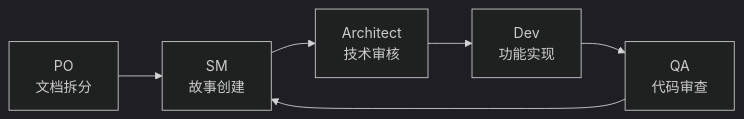
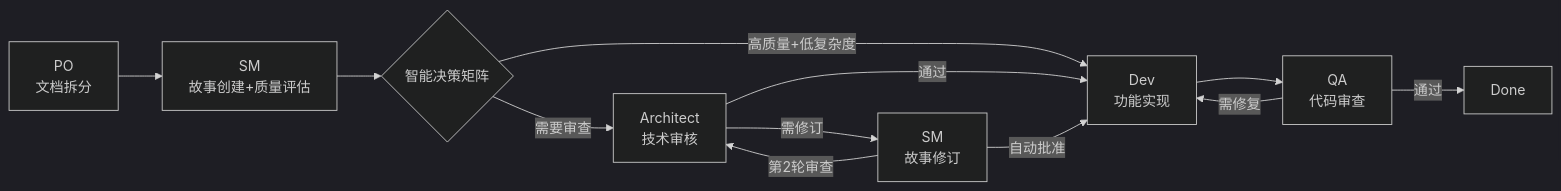
One commit to dorayo/orchestrix changed the second of 2 diagrams in README.md. Above: the diagram before and after it, drawn with Mermaid (dark theme). The commit also changed other lines of this file and 23 other files, not shown here.

````diff
--- a/README.md
+++ b/README.md
@@ -74,8 +74,14 @@
 ```mermaid
 graph LR
-    G[PO<br/>文档拆分] --> H[SM<br/>故事创建]
-    H --> I[Architect<br/>技术审核]
-    I --> J[Dev<br/>功能实现]
-    J --> K[QA<br/>代码审查]
-    K --> H
+    G[PO<br/>文档拆分] --> H[SM<br/>故事创建+质量评估]
+    H --> I{智能决策矩阵}
+    I -->|高质量+低复杂度| J[Dev<br/>功能实现]
+    I -->|需要审查| K[Architect<br/>技术审核]
+    K -->|通过| J
+    K -->|需修订| L[SM<br/>故事修订]
+    L -->|自动批准| J
+    L -->|第2轮审查| K
+    J --> M[QA<br/>代码审查]
+    M -->|通过| N[Done]
+    M -->|需修复| J
 ```
````
